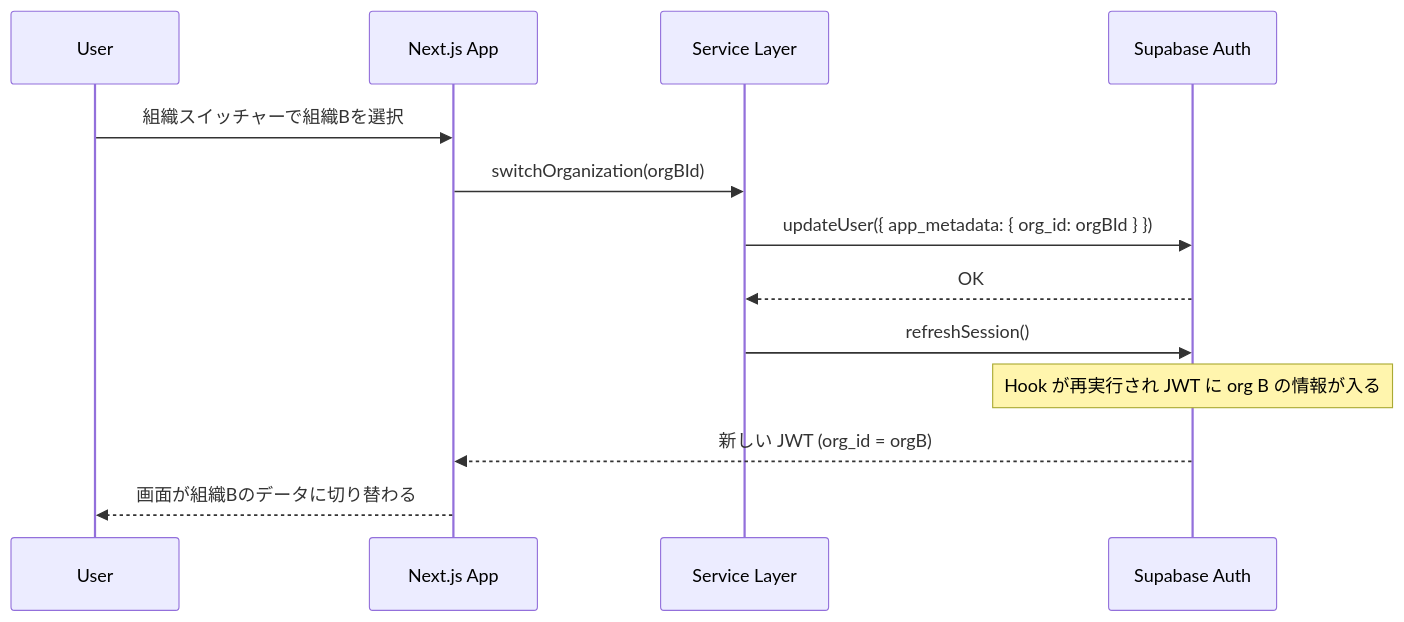
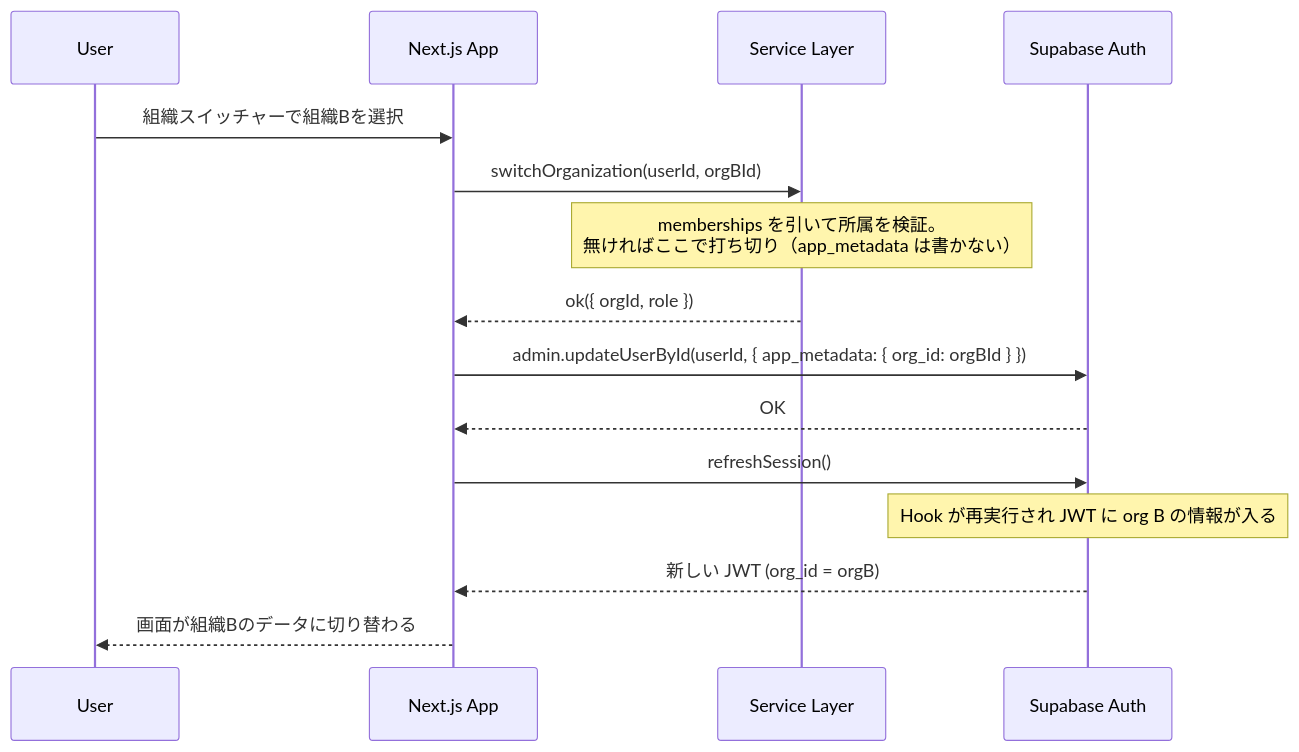
The second of 2 diagrams in docs/architecture/auth-and-authorization.md (TakuyaMiyashita/fondra-hr), drawn with Mermaid before and after one commit. The commit also changed other lines of this file and 9 other files, not shown here.

````diff
--- a/docs/architecture/auth-and-authorization.md
+++ b/docs/architecture/auth-and-authorization.md
@@ -35,16 +35,18 @@
 ```mermaid
 sequenceDiagram
     participant User
     participant App as Next.js App
     participant Service as Service Layer
     participant Auth as Supabase Auth
 
     User->>App: 組織スイッチャーで組織Bを選択
-    App->>Service: switchOrganization(orgBId)
-    Service->>Auth: updateUser({ app_metadata: { org_id: orgBId } })
-    Auth-->>Service: OK
-    Service->>Auth: refreshSession()
+    App->>Service: switchOrganization(userId, orgBId)
+    Note over Service: memberships を引いて所属を検証。<br/>無ければここで打ち切り（app_metadata は書かない）
+    Service-->>App: ok({ orgId, role })
+    App->>Auth: admin.updateUserById(userId, { app_metadata: { org_id: orgBId } })
+    Auth-->>App: OK
+    App->>Auth: refreshSession()
     Note over Auth: Hook が再実行され JWT に org B の情報が入る
     Auth-->>App: 新しい JWT (org_id = orgB)
     App-->>User: 画面が組織Bのデータに切り替わる
 ```
````
